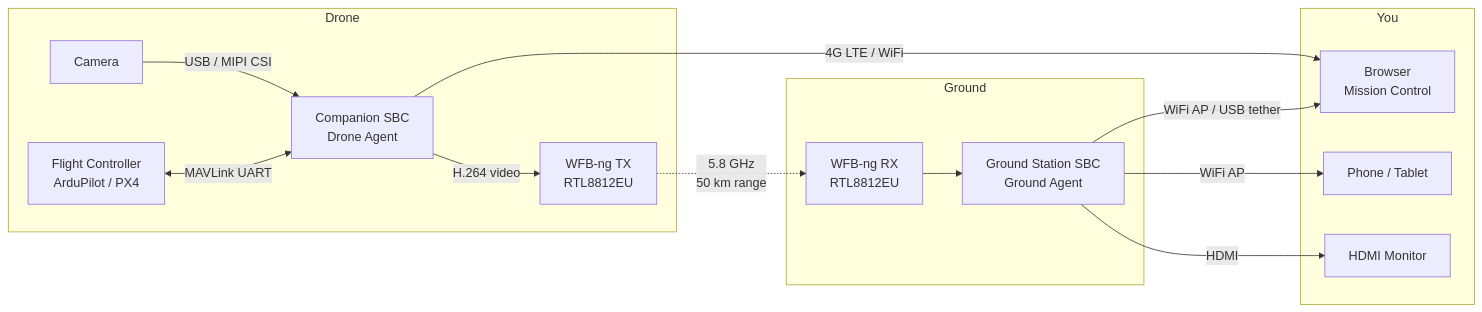
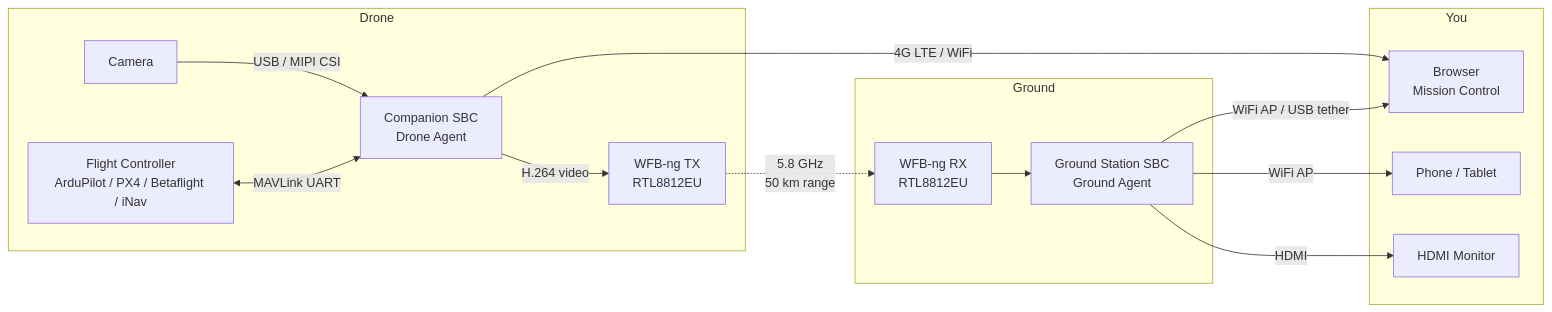
The diagram in getting-started/introduction.mdx (altnautica/Documentation), drawn with Mermaid before and after one commit. The commit also changed other lines of this file and 8 other files, not shown here.

````diff
--- a/getting-started/introduction.mdx
+++ b/getting-started/introduction.mdx
@@ -35,30 +35,30 @@
 ```mermaid
 flowchart LR
     subgraph Drone
-        FC[Flight Controller<br/>ArduPilot / PX4]
+        FC[Flight Controller<br/>ArduPilot / PX4 / Betaflight / iNav]
         CAM[Camera]
         SBC[Companion SBC<br/>Drone Agent]
         RADIO_TX[WFB-ng TX<br/>RTL8812EU]
     end
 
     subgraph Ground
         RADIO_RX[WFB-ng RX<br/>RTL8812EU]
         GS[Ground Station SBC<br/>Ground Agent]
     end
 
     subgraph You
         BROWSER[Browser<br/>Mission Control]
         PHONE[Phone / Tablet]
         MONITOR[HDMI Monitor]
     end
 
     FC <-->|MAVLink UART| SBC
     CAM -->|USB / MIPI CSI| SBC
     SBC -->|H.264 video| RADIO_TX
     RADIO_TX -.->|5.8 GHz<br/>50 km range| RADIO_RX
     RADIO_RX --> GS
     GS -->|WiFi AP / USB tether| BROWSER
     GS -->|WiFi AP| PHONE
     GS -->|HDMI| MONITOR
     SBC -->|4G LTE / WiFi| BROWSER
 ```
````
